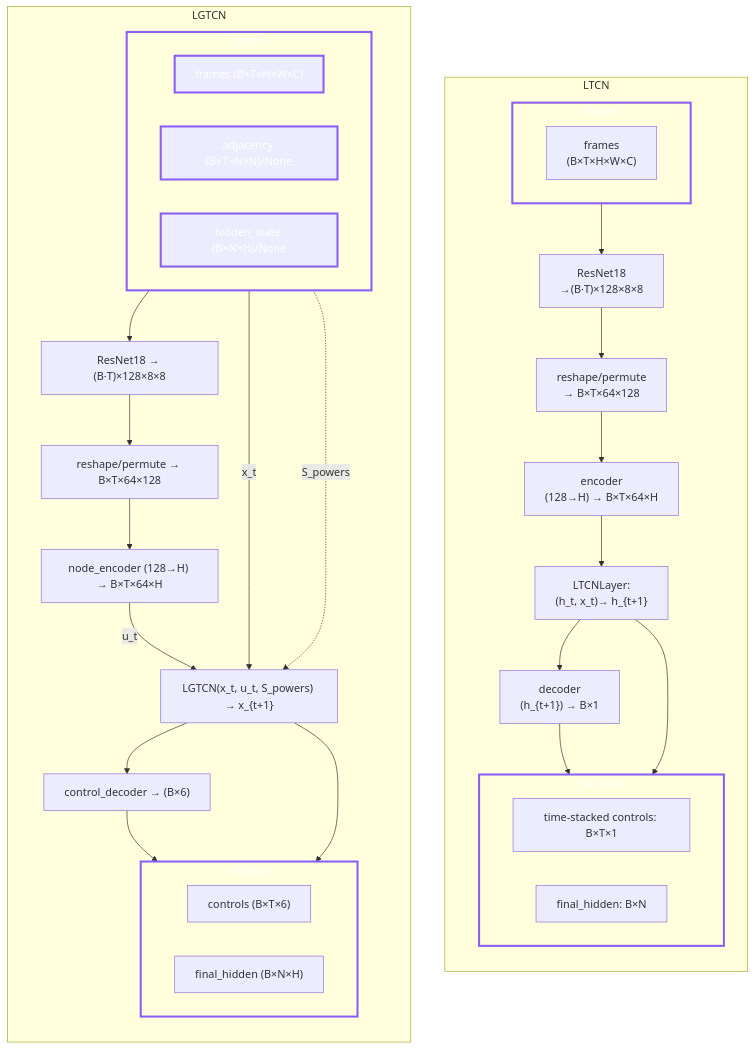
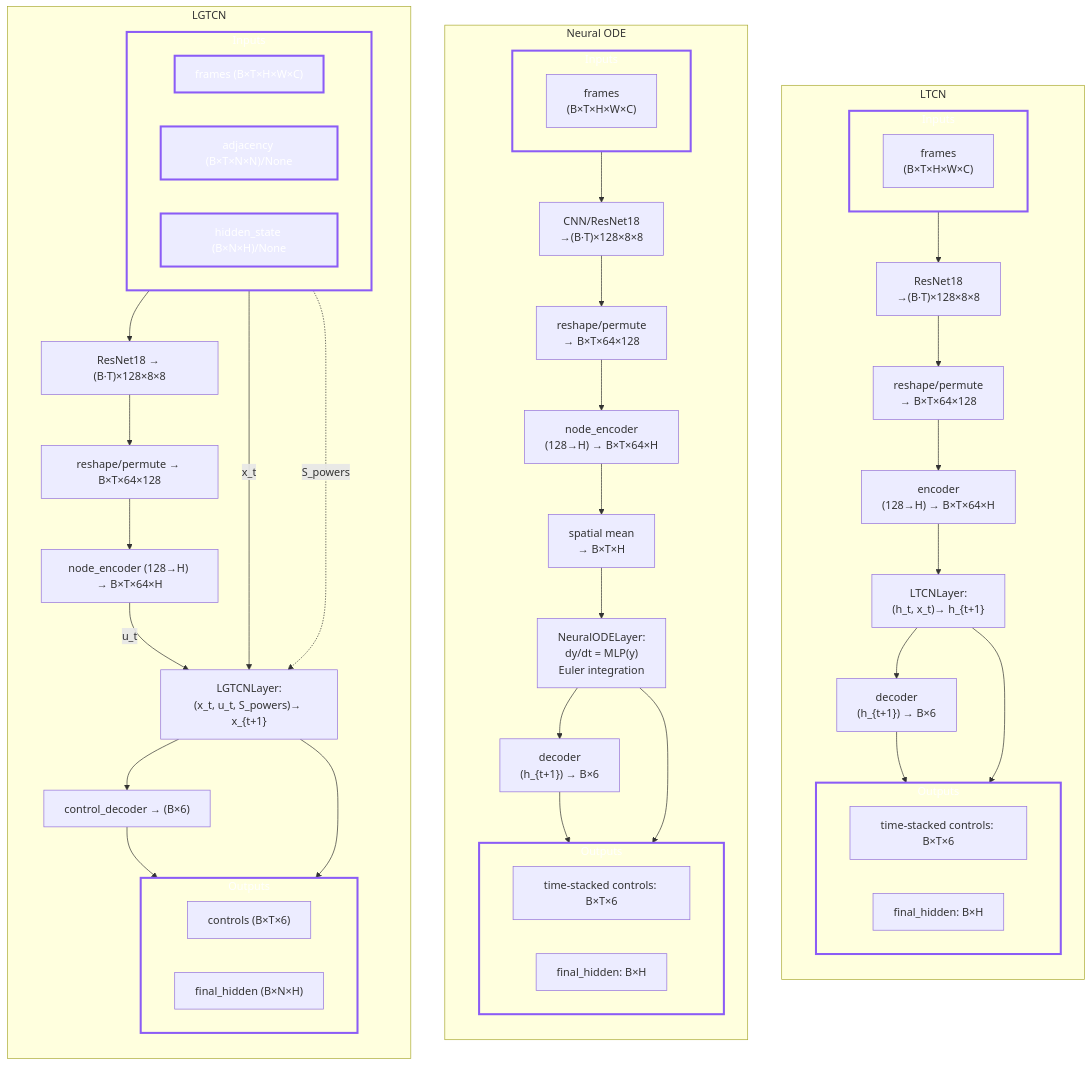
One commit to satra-11/liquid-graph-time-constant-network changed the first of 2 diagrams in README.md. Above: the diagram before and after it, drawn with Mermaid. The commit also changed other lines of this file, not shown here.

````diff
--- a/README.md
+++ b/README.md
@@ -175,9 +175,9 @@
       --> LC["reshape/permute <br>→ B×T×64×128"]
       --> LD["encoder <br>(128→H) → B×T×64×H"]
       --> LF["LTCNLayer:<br>(h_t, x_t)→ h_{t+1}"]
-      --> LG["decoder<br>(h_{t+1}) → B×1"]
-    LG --> LH["time-stacked controls: B×T×1"]
-    LF --> LI["final_hidden: B×N"]
+      --> LG["decoder<br>(h_{t+1}) → B×6"]
+    LG --> LH["time-stacked controls: B×T×6"]
+    LF --> LI["final_hidden: B×H"]
 
     subgraph L_IN["Inputs"]
       direction LR
@@ -187,6 +187,30 @@
       direction LR
       LH
       LI
+    end
+  end
+
+  %% ===== Center: Neural ODE =====
+  subgraph N["Neural ODE"]
+    direction TB
+    NA["frames <br> (B×T×H×W×C)"]
+      --> NB["CNN/ResNet18<br>→(B·T)×128×8×8"]
+      --> NC["reshape/permute <br>→ B×T×64×128"]
+      --> ND["node_encoder <br>(128→H) → B×T×64×H"]
+      --> NE["spatial mean <br>→ B×T×H"]
+      --> NF["NeuralODELayer:<br>dy/dt = MLP(y) <br> Euler integration"]
+      --> NG["decoder<br>(h_{t+1}) → B×6"]
+    NG --> NH["time-stacked controls: B×T×6"]
+    NF --> NI["final_hidden: B×H"]
+
+    subgraph N_IN["Inputs"]
+      direction LR
+      NA
+    end
+    subgraph N_OUT["Outputs"]
+      direction LR
+      NH
+      NI
     end
   end
 
@@ -203,7 +227,7 @@
     RB --> RC["reshape/permute → B×T×64×128"]
     RC --> RD["node_encoder (128→H) → B×T×64×H"]
 
-    RH0 -- "x_t" --> RH["LGTCN(x_t, u_t, S_powers) → x_{t+1}"]
+    RH0 -- "x_t" --> RH["LGTCNLayer:<br>(x_t, u_t, S_powers)→ x_{t+1}"]
     RD -- "u_t" --> RH
     RADJ -. "S_powers" .-> RH
 
@@ -227,5 +251,5 @@
 
   %% Style
   classDef io stroke:#8b5cf6,stroke-width:3px,color:#fff;
-  class L_IN,L_OUT,R_IN,R_OUT,RA,RADJ,RH0 io;
+  class L_IN,L_OUT,N_IN,N_OUT,R_IN,R_OUT,RA,RADJ,RH0 io;
 ```
````
